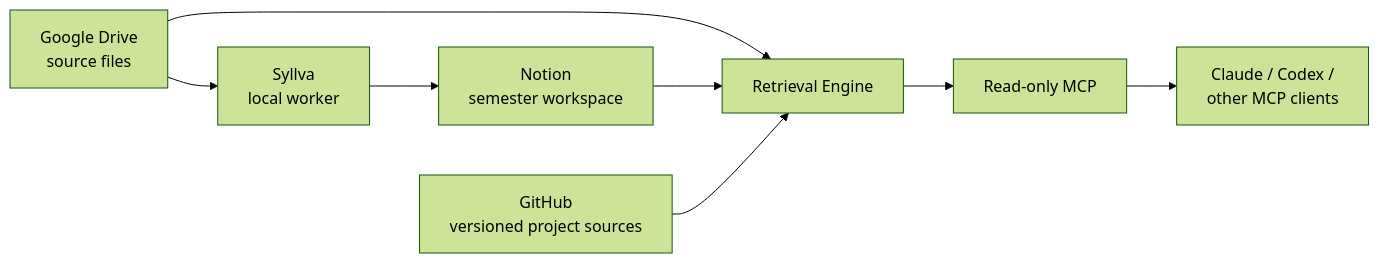
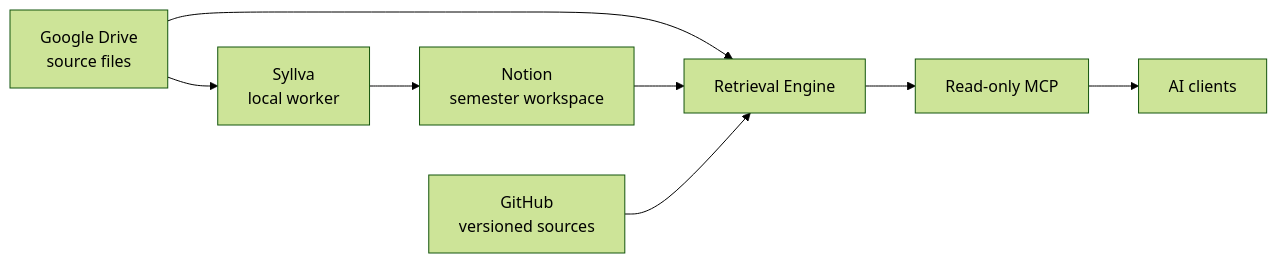
One commit to Just-Simple0/Syllva changed the diagram in README.md. Above: the diagram before and after it, drawn with Mermaid (forest theme). The commit also changed other lines of this file and 3 other files, not shown here.

````diff
--- a/README.md
+++ b/README.md
@@ -36,10 +29,10 @@
 ```mermaid
 flowchart LR
     D[Google Drive\nsource files] --> W[Syllva\nlocal worker]
     W --> N[Notion\nsemester workspace]
     D --> R[Retrieval Engine]
     N --> R
-    G[GitHub\nversioned project sources] --> R
+    G[GitHub\nversioned sources] --> R
     R --> M[Read-only MCP]
-    M --> A[Claude / Codex /\nother MCP clients]
+    M --> A[AI clients]
 ```
````
